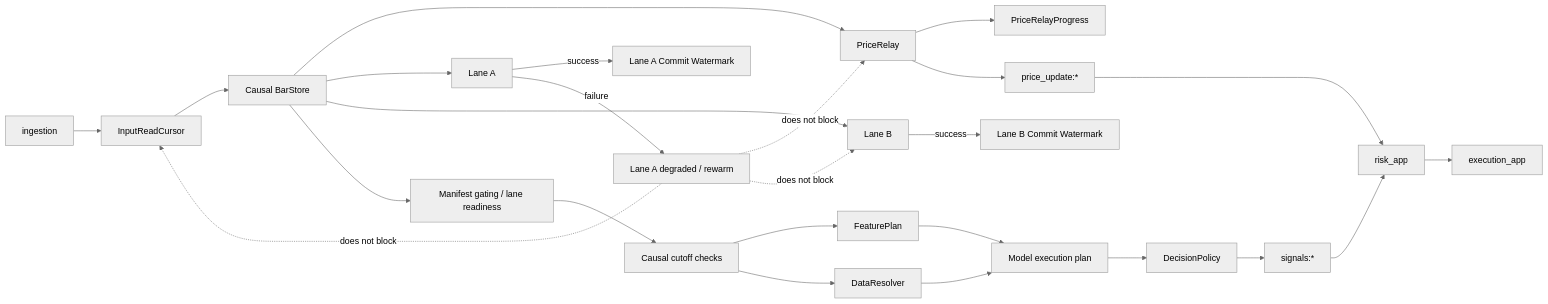
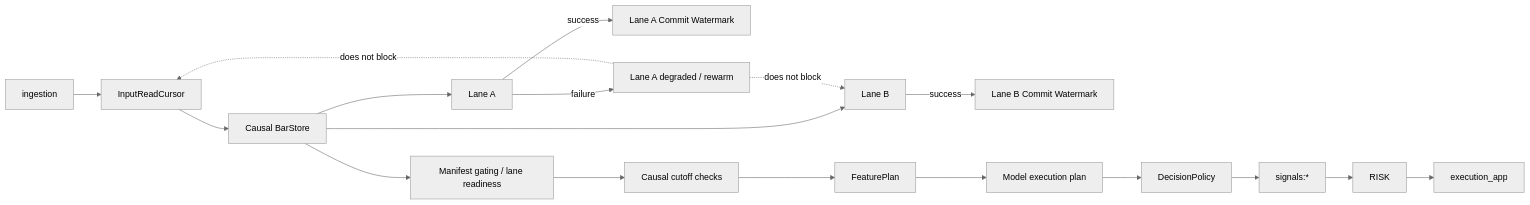
One commit to transparentCode/flipperAgent changed the diagram in docs/architecture/decision_app/README.md. Above: the diagram before and after it, drawn with Mermaid (neutral theme). The commit also changed other lines of this file and 81 other files, not shown here.

First line of the commit message:
feat(decision): skip forward after downtime, per-lane history, retire resolver and relay

````diff
--- a/docs/architecture/decision_app/README.md
+++ b/docs/architecture/decision_app/README.md
@@ -62,34 +58,25 @@
 ```mermaid
 flowchart LR
     ING["ingestion"] --> I["InputReadCursor"]
 
     I --> B["Causal BarStore"]
-    B --> P["PriceRelay"]
-    P --> PP["PriceRelayProgress"]
-    P --> PS["price_update:*"]
-
     B --> L1["Lane A"]
     B --> L2["Lane B"]
     L1 -->|success| W1["Lane A Commit Watermark"]
     L2 -->|success| W2["Lane B Commit Watermark"]
     L1 -->|failure| D1["Lane A degraded / rewarm"]
     D1 -. does not block .-> I
-    D1 -. does not block .-> P
     D1 -. does not block .-> L2
 
     B --> ASSET["Manifest gating / lane readiness"]
     ASSET --> READY["Causal cutoff checks"]
 
     READY --> FEATURES["FeaturePlan"]
-    READY --> DATA["DataResolver"]
-
     FEATURES --> MODELS["Model execution plan"]
-    DATA --> MODELS
 
     MODELS --> POLICY["DecisionPolicy"]
     POLICY --> SS["signals:*"]
 
-    PS --> RISK["risk_app"]
     SS --> RISK
     RISK --> EXEC["execution_app"]
 ```
````
